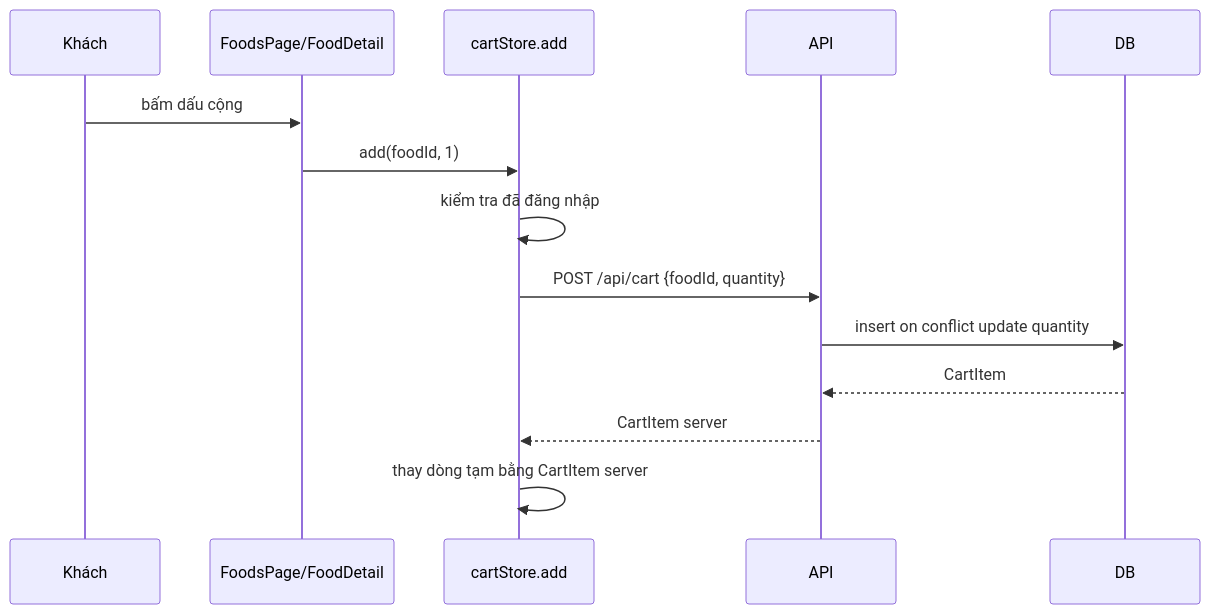
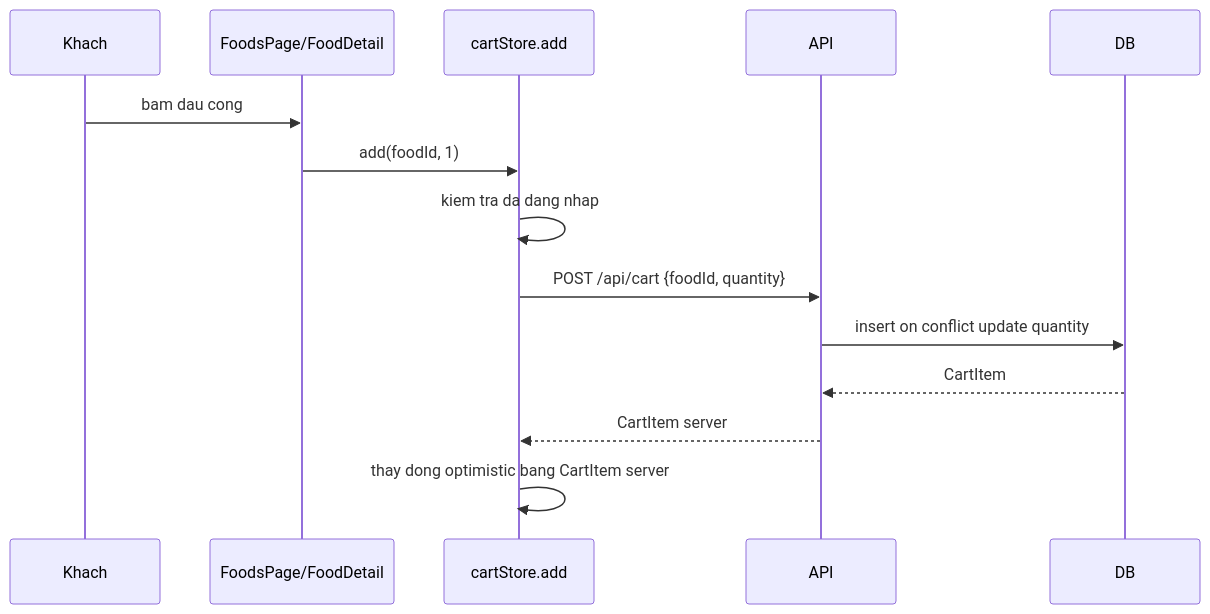
Before and after one commit to nghiaxh/food-ordering: the second of 2 diagrams in wiki/Luong-khach-hang.md, drawn with Mermaid. The commit also changed other lines of this file and 3 other files, not shown here.

Commit message:
docs: add sequence diagrams and code snippets to wiki flows (#153)

````diff
--- a/wiki/Luong-khach-hang.md
+++ b/wiki/Luong-khach-hang.md
@@ -33,16 +95,16 @@
 ```mermaid
 sequenceDiagram
-  participant U as Khách
+  participant U as Khach
   participant C as FoodsPage/FoodDetail
   participant S as cartStore.add
   participant A as API
   participant D as DB
-  U->>C: bấm dấu cộng
+  U->>C: bam dau cong
   C->>S: add(foodId, 1)
-  S->>S: kiểm tra đã đăng nhập
+  S->>S: kiem tra da dang nhap
   S->>A: POST /api/cart {foodId, quantity}
   A->>D: insert on conflict update quantity
   D-->>A: CartItem
   A-->>S: CartItem server
-  S->>S: thay dòng tạm bằng CartItem server
+  S->>S: thay dong optimistic bang CartItem server
 ```
````
